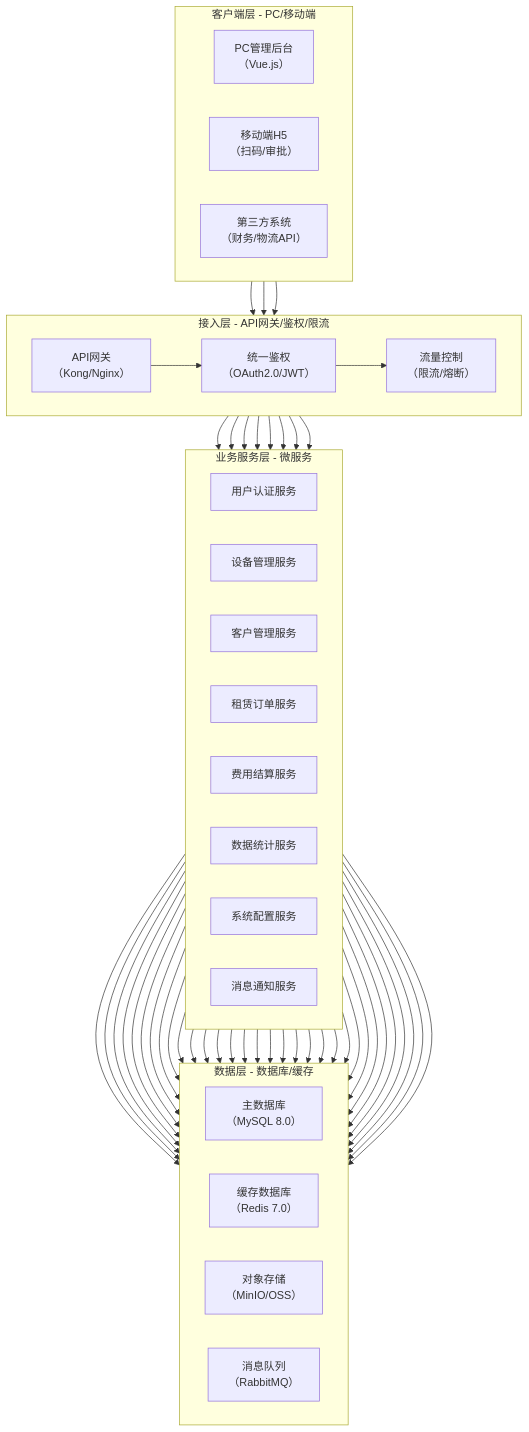
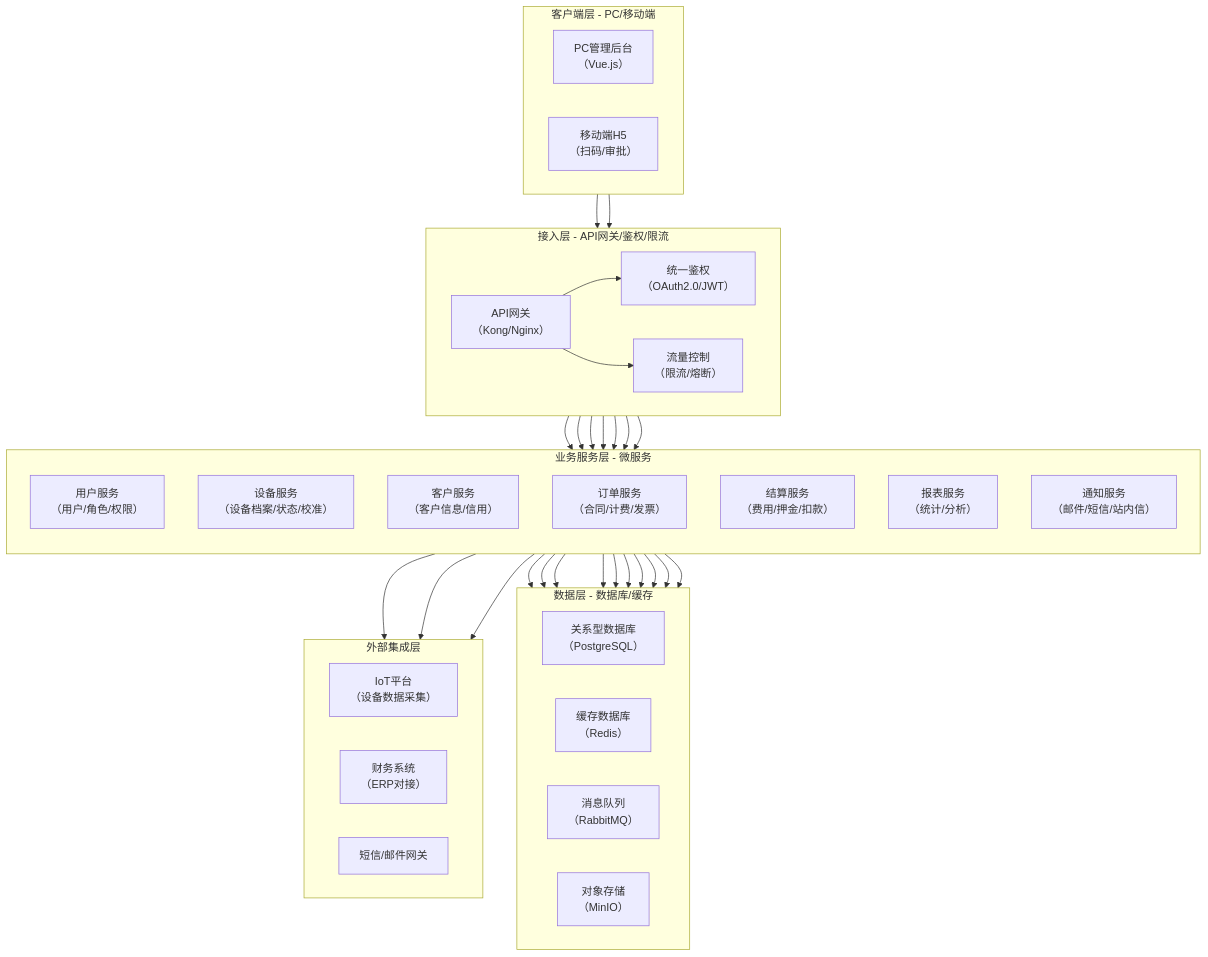
The first of 4 diagrams in .claude/knowledge-base/wiki/summaries/SRS-初稿-20260626-v1.md (JiangHuanzhen/medical-device-rental-system), drawn with Mermaid before and after one commit. The commit also changed other lines of this file and 223 other files, not shown here.

````diff
--- a/.claude/knowledge-base/wiki/summaries/SRS-初稿-20260626-v1.md
+++ b/.claude/knowledge-base/wiki/summaries/SRS-初稿-20260626-v1.md
@@ -105,41 +131,68 @@
 ```mermaid
 flowchart TD
     subgraph 客户端层[客户端层 - PC/移动端]
         direction LR
-        A1[PC管理后台<br/>（Vue.js）] 
+        A1[PC管理后台<br/>（Vue.js）]
         A2[移动端H5<br/>（扫码/审批）]
-        A3[第三方系统<br/>（财务/物流API）]
     end
 
     subgraph 接入层[接入层 - API网关/鉴权/限流]
         direction LR
         B1[API网关<br/>（Kong/Nginx）]
         B2[统一鉴权<br/>（OAuth2.0/JWT）]
         B3[流量控制<br/>（限流/熔断）]
     end
 
     subgraph 业务服务层[业务服务层 - 微服务]
-        direction LR
-        C1[用户认证服务]
-        C2[设备管理服务]
-        C3[客户管理服务]
-        C4[租赁订单服务]
-        C5[费用结算服务]
-        C6[数据统计服务]
-        C7[系统配置服务]
-        C8[消息通知服务]
+        direction TB
+        C1[用户服务<br/>（用户/角色/权限）]
+        C2[设备服务<br/>（设备档案/状态/校准）]
+        C3[客户服务<br/>（客户信息/信用）]
+        C4[订单服务<br/>（合同/计费/发票）]
+        C5[结算服务<br/>（费用/押金/扣款）]
+        C6[报表服务<br/>（统计/分析）]
+        C7[通知服务<br/>（邮件/短信/站内信）]
     end
 
     subgraph 数据层[数据层 - 数据库/缓存]
         direction LR
-        D1[主数据库<br/>（MySQL 8.0）]
-        D2[缓存数据库<br/>（Redis 7.0）]
-        D3[对象存储<br/>（MinIO/OSS）]
-        D4[消息队列<br/>（RabbitMQ）]
+        D1[关系型数据库<br/>（PostgreSQL）]
+        D2[缓存数据库<br/>（Redis）]
+        D3[消息队列<br/>（RabbitMQ）]
+        D4[对象存储<br/>（MinIO）]
     end
 
-    A1 & A2 & A3 --> B1
-    B1 --> B2 --> B3
-    B3 --> C1 & C2 & C3 & C4 & C5 & C6 & C7 & C8
-    C1 & C2 & C3 & C4 & C5 & C6 & C7 & C8 --> D1 & D2 & D3 & D4
+    subgraph 外部集成层[外部集成层]
+        direction LR
+        E1[IoT平台<br/>（设备数据采集）]
+        E2[财务系统<br/>（ERP对接）]
+        E3[短信/邮件网关]
+    end
+
+    A1 --> B1
+    A2 --> B1
+    B1 --> B2
+    B1 --> B3
+    B2 --> C1
+    B3 --> C2
+    B3 --> C3
+    B3 --> C4
+    B3 --> C5
+    B3 --> C6
+    B3 --> C7
+
+    C1 --> D1
+    C2 --> D1
+    C2 --> D2
+    C3 --> D1
+    C4 --> D1
+    C4 --> D2
+    C5 --> D1
+    C5 --> D3
+    C6 --> D1
+    C7 --> D3
+
+    C2 --> E1
+    C5 --> E2
+    C7 --> E3
 ```
````
